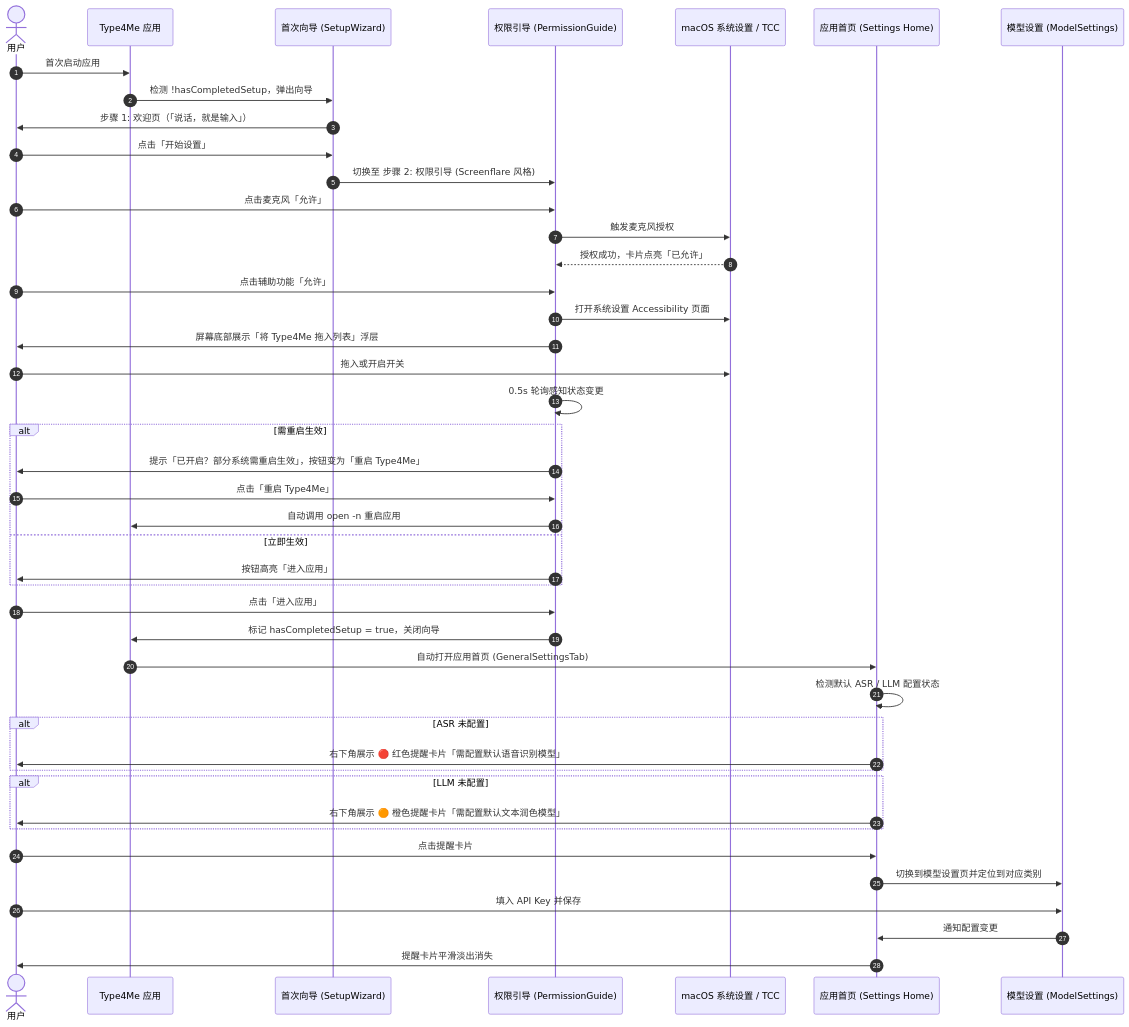
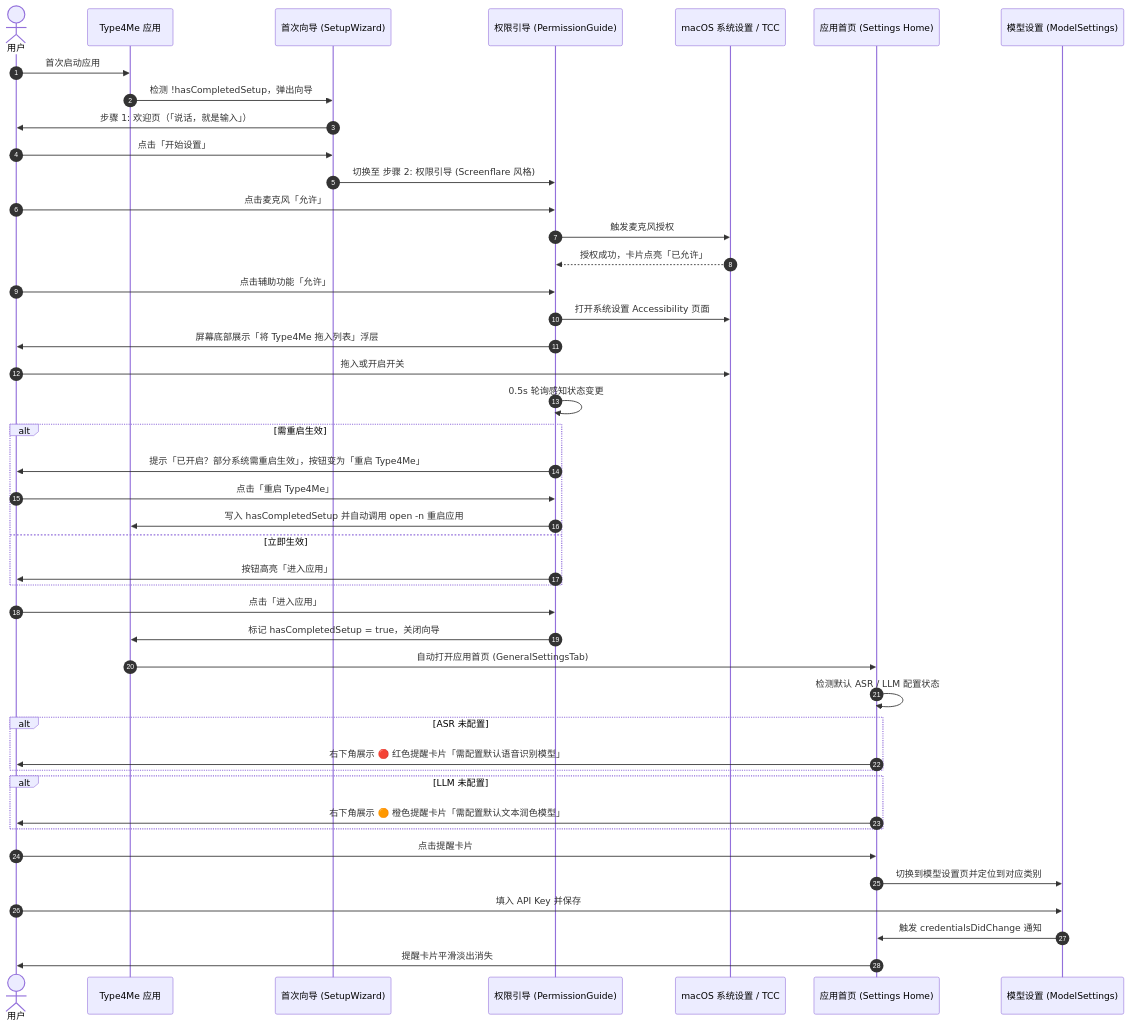
The diagram in docs/features/permission-onboarding-redesign/product-design.md (joewongjc/type4me), drawn with Mermaid before and after one commit. The commit also changed other lines of this file and 1 other file, not shown here.

````diff
--- a/docs/features/permission-onboarding-redesign/product-design.md
+++ b/docs/features/permission-onboarding-redesign/product-design.md
@@ -42,52 +42,52 @@
 ```mermaid
 sequenceDiagram
     autonumber
     actor User as 用户
     participant App as Type4Me 应用
     participant Wizard as 首次向导 (SetupWizard)
     participant Perm as 权限引导 (PermissionGuide)
     participant Sys as macOS 系统设置 / TCC
     participant Home as 应用首页 (Settings Home)
     participant Models as 模型设置 (ModelSettings)
 
     User->>App: 首次启动应用
     App->>Wizard: 检测 !hasCompletedSetup，弹出向导
     Wizard->>User: 步骤 1: 欢迎页（「说话，就是输入」）
     User->>Wizard: 点击「开始设置」
     Wizard->>Perm: 切换至 步骤 2: 权限引导 (Screenflare 风格)
     
     User->>Perm: 点击麦克风「允许」
     Perm->>Sys: 触发麦克风授权
     Sys-->>Perm: 授权成功，卡片点亮「已允许」
 
     User->>Perm: 点击辅助功能「允许」
     Perm->>Sys: 打开系统设置 Accessibility 页面
     Perm->>User: 屏幕底部展示「将 Type4Me 拖入列表」浮层
     User->>Sys: 拖入或开启开关
     Perm->>Perm: 0.5s 轮询感知状态变更
     alt 需重启生效
         Perm->>User: 提示「已开启？部分系统需重启生效」，按钮变为「重启 Type4Me」
         User->>Perm: 点击「重启 Type4Me」
-        Perm->>App: 自动调用 open -n 重启应用
+        Perm->>App: 写入 hasCompletedSetup 并自动调用 open -n 重启应用
     else 立即生效
         Perm->>User: 按钮高亮「进入应用」
     end
 
     User->>Perm: 点击「进入应用」
     Perm->>App: 标记 hasCompletedSetup = true，关闭向导
     App->>Home: 自动打开应用首页 (GeneralSettingsTab)
     
     Home->>Home: 检测默认 ASR / LLM 配置状态
     alt ASR 未配置
         Home->>User: 右下角展示 🔴 红色提醒卡片「需配置默认语音识别模型」
     end
     alt LLM 未配置
         Home->>User: 右下角展示 🟠 橙色提醒卡片「需配置默认文本润色模型」
     end
 
     User->>Home: 点击提醒卡片
     Home->>Models: 切换到模型设置页并定位到对应类别
     User->>Models: 填入 API Key 并保存
-    Models->>Home: 通知配置变更
+    Models->>Home: 触发 credentialsDidChange 通知
     Home->>User: 提醒卡片平滑淡出消失
 ```
````
